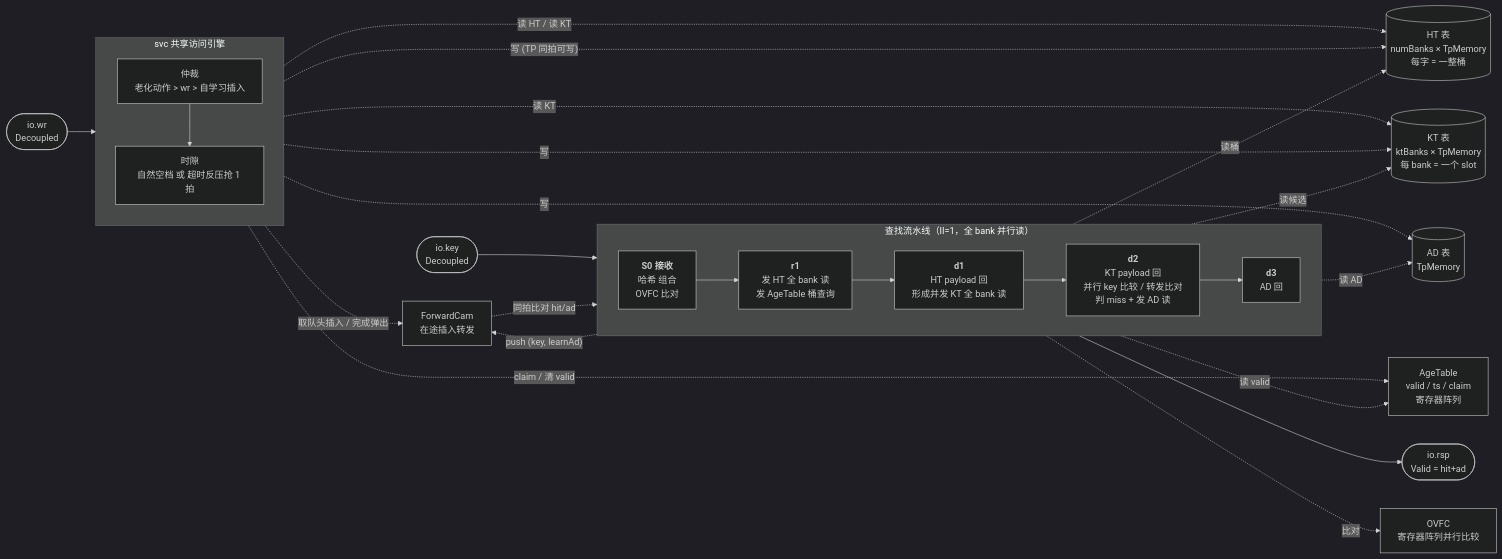
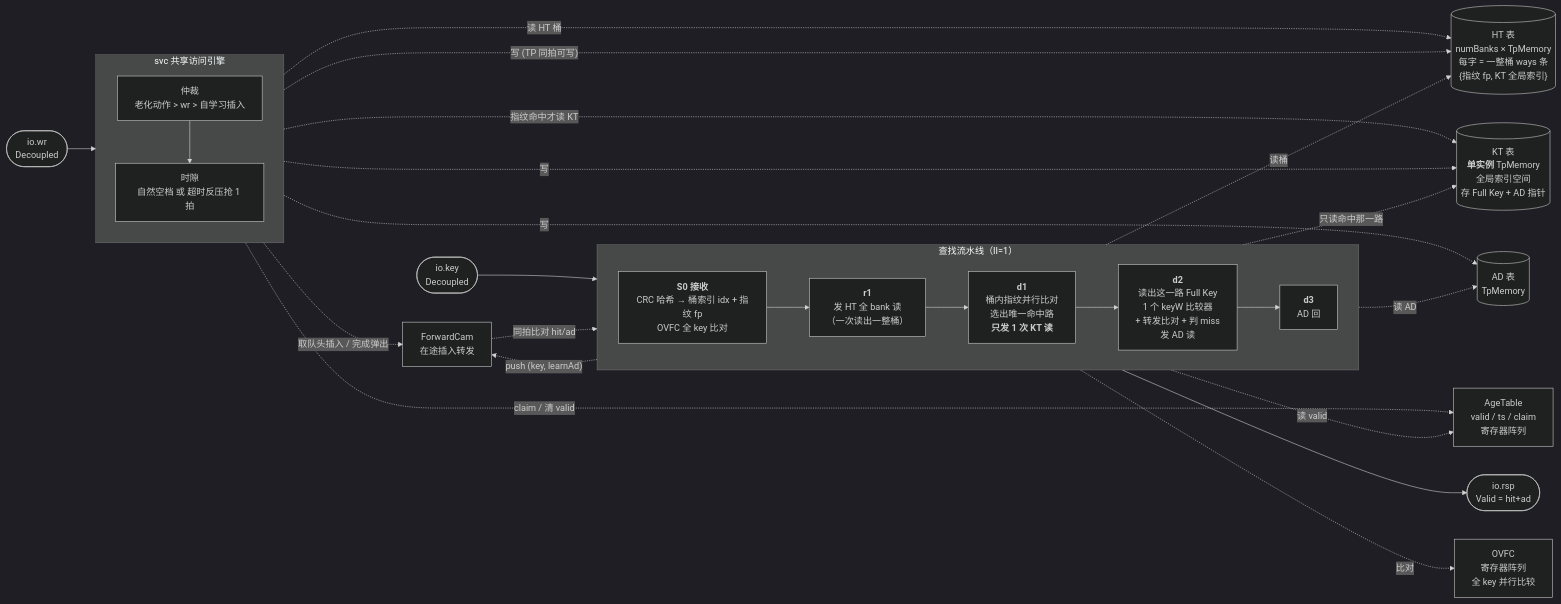
One commit to RuyeeAI/HardwareDesign changed the first of 8 diagrams in docs/BaseCbb_设计文档/14_em.md. Above: the diagram before and after it, drawn with Mermaid (dark theme). The commit also changed other lines of this file and 4 other files, not shown here.

````diff
--- a/docs/BaseCbb_设计文档/14_em.md
+++ b/docs/BaseCbb_设计文档/14_em.md
@@ -27,46 +27,46 @@
 ```mermaid
 flowchart LR
     KEY(["io.key<br/>Decoupled"]) --> S0
     RSP(["io.rsp<br/>Valid = hit+ad"])
 
-    subgraph PIPE["查找流水线（II=1，全 bank 并行读）"]
+    subgraph PIPE["查找流水线（II=1）"]
         direction LR
-        S0["<b>S0 接收</b><br/>哈希 组合<br/>OVFC 比对"]
-        R1["<b>r1</b><br/>发 HT 全 bank 读<br/>发 AgeTable 桶查询"]
-        D1["<b>d1</b><br/>HT payload 回<br/>形成并发 KT 全 bank 读"]
-        D2["<b>d2</b><br/>KT payload 回<br/>并行 key 比较 / 转发比对<br/>判 miss + 发 AD 读"]
+        S0["<b>S0 接收</b><br/>CRC 哈希 → 桶索引 idx + 指纹 fp<br/>OVFC 全 key 比对"]
+        R1["<b>r1</b><br/>发 HT 全 bank 读<br/>（一次读出一整桶）"]
+        D1["<b>d1</b><br/>桶内指纹并行比对<br/>选出唯一命中路<br/><b>只发 1 次 KT 读</b>"]
+        D2["<b>d2</b><br/>读出这一路 Full Key<br/>1 个 keyW 比较器<br/>+ 转发比对 + 判 miss<br/>发 AD 读"]
         D3["<b>d3</b><br/>AD 回"]
         S0 --> R1 --> D1 --> D2 --> D3
     end
     D3 --> RSP
 
-    HT[("HT 表<br/>numBanks × TpMemory<br/>每字 = 一整桶")]
-    KT[("KT 表<br/>ktBanks × TpMemory<br/>每 bank = 一个 slot")]
+    HT[("HT 表<br/>numBanks × TpMemory<br/>每字 = 一整桶 ways 条<br/>{指纹 fp, KT 全局索引}")]
+    KT[("KT 表<br/><b>单实例</b> TpMemory<br/>全局索引空间<br/>存 Full Key + AD 指针")]
     AD[("AD 表<br/>TpMemory")]
     AGE["AgeTable<br/>valid / ts / claim<br/>寄存器阵列"]
-    OVFC["OVFC<br/>寄存器阵列并行比较"]
+    OVFC["OVFC<br/>寄存器阵列<br/>全 key 并行比较"]
     FWD["ForwardCam<br/>在途插入转发"]
 
     R1 -. "读桶" .-> HT
     R1 -. "读 valid" .-> AGE
-    D1 -. "读候选" .-> KT
+    D1 -. "只读命中那一路" .-> KT
     D2 -. "读 AD" .-> AD
     D2 -. "push (key, learnAd)" .-> FWD
     FWD -. "同拍比对 hit/ad" .-> D2
     S0 -. "比对" .-> OVFC
 
     WR(["io.wr<br/>Decoupled"]) --> SVC
     subgraph SVC["svc 共享访问引擎"]
         direction TB
         ARB["仲裁<br/>老化动作 &gt; wr &gt; 自学习插入"]
         SLOT["时隙<br/>自然空档 或 超时反压抢 1 拍"]
         ARB --> SLOT
     end
-    SVC -. "读 HT / 读 KT" .-> HT
-    SVC -. "读 KT" .-> KT
+    SVC -. "读 HT 桶" .-> HT
+    SVC -. "指纹命中才读 KT" .-> KT
     SVC -. "写 (TP 同拍可写)" .-> HT
     SVC -. "写" .-> KT
     SVC -. "写" .-> AD
     SVC -. "claim / 清 valid" .-> AGE
     SVC -. "取队头插入 / 完成弹出" .-> FWD
 ```
````
